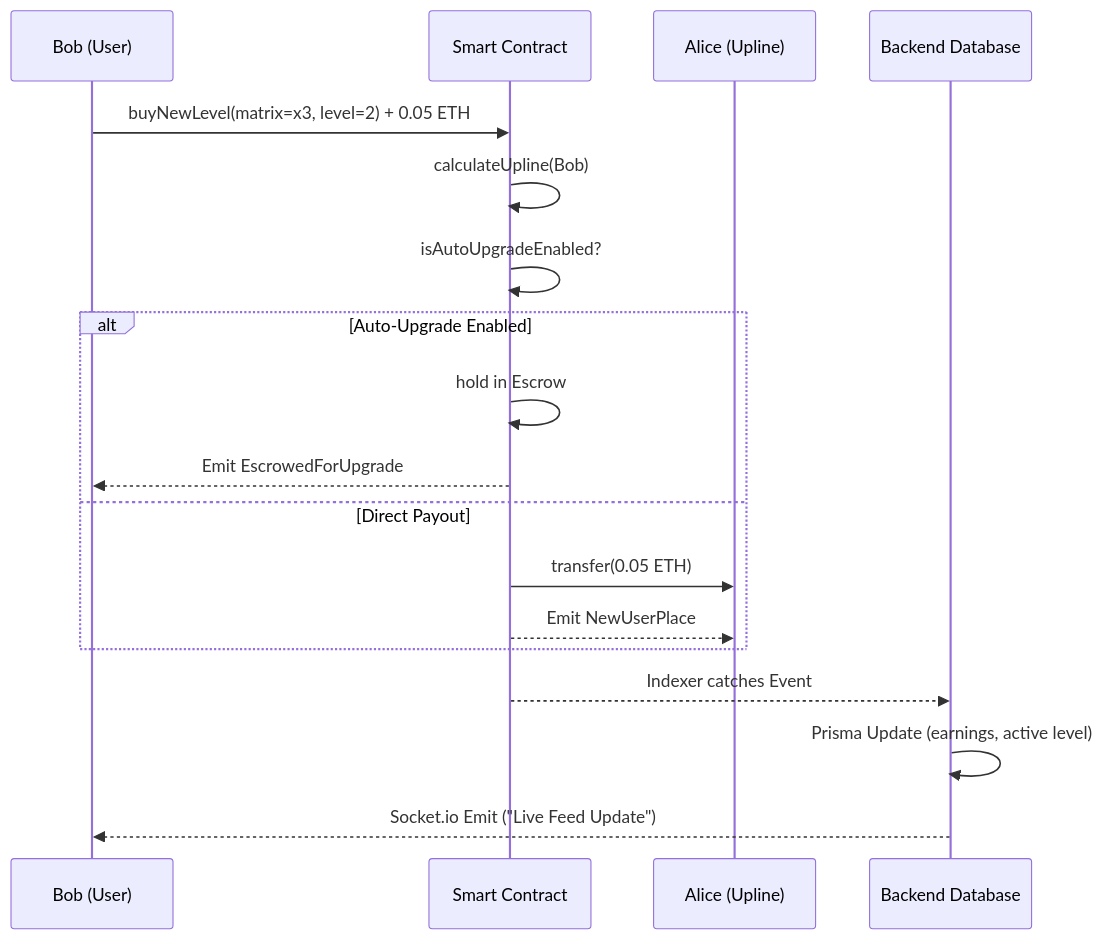
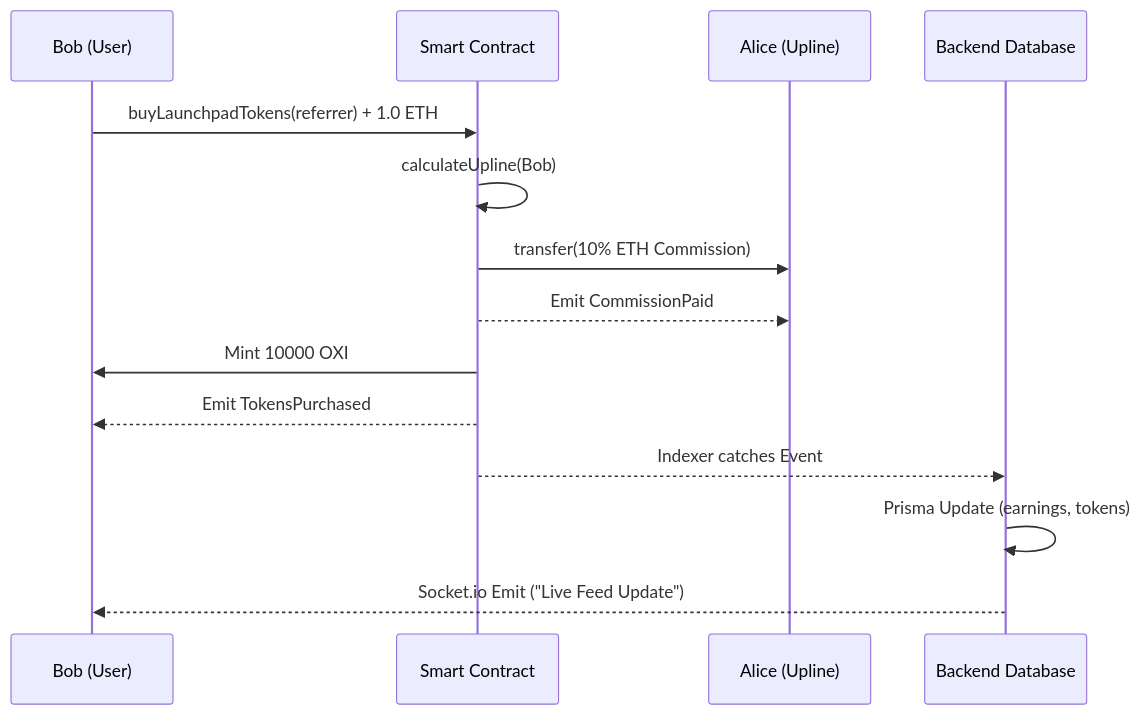
The third of 3 diagrams in README.md (CHIRAYU-365/OXIDEX), drawn with Mermaid before and after one commit. The commit also changed other lines of this file and 13 other files, not shown here.

````diff
--- a/README.md
+++ b/README.md
@@ -211,23 +175,20 @@
 ```mermaid
 sequenceDiagram
     participant Bob as Bob (User)
     participant SC as Smart Contract
     participant Alice as Alice (Upline)
     participant DB as Backend Database
     
-    Bob->>SC: buyNewLevel(matrix=x3, level=2) + 0.05 ETH
+    Bob->>SC: buyLaunchpadTokens(referrer) + 1.0 ETH
     SC->>SC: calculateUpline(Bob)
-    SC->>SC: isAutoUpgradeEnabled?
     
-    alt Auto-Upgrade Enabled
-        SC->>SC: hold in Escrow
-        SC-->>Bob: Emit EscrowedForUpgrade
-    else Direct Payout
-        SC->>Alice: transfer(0.05 ETH)
-        SC-->>Alice: Emit NewUserPlace
-    end
+    SC->>Alice: transfer(10% ETH Commission)
+    SC-->>Alice: Emit CommissionPaid
     
+    SC->>Bob: Mint 10000 OXI
+    SC-->>Bob: Emit TokensPurchased
+
     SC-->>DB: Indexer catches Event
-    DB->>DB: Prisma Update (earnings, active level)
+    DB->>DB: Prisma Update (earnings, tokens)
     DB-->>Bob: Socket.io Emit ("Live Feed Update")
 ```
````
